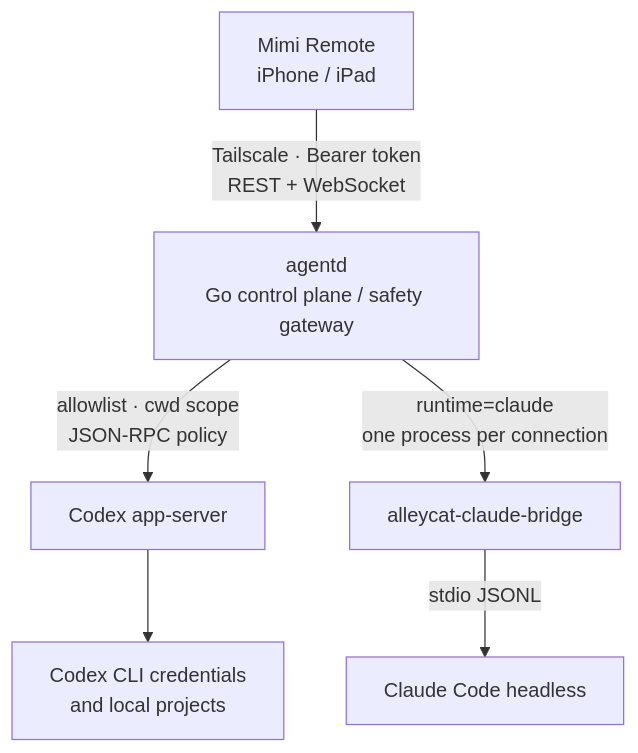
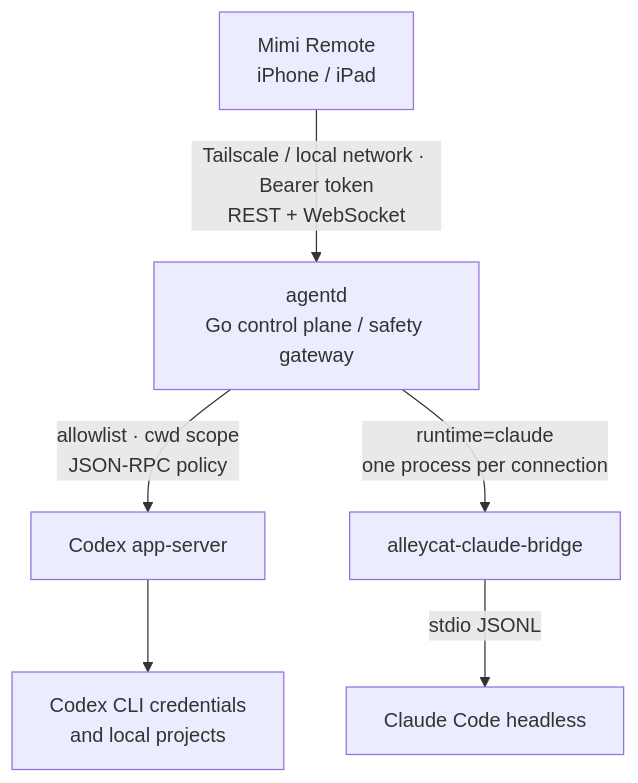
The diagram in README.md (gaixianggeng/codex-ipad-agent), drawn with Mermaid before and after one commit. The commit also changed other lines of this file and 49 other files, not shown here.

````diff
--- a/README.md
+++ b/README.md
@@ -98,8 +98,8 @@
 ```mermaid
 flowchart TD
-    A["Mimi Remote\niPhone / iPad"] -->|"Tailscale · Bearer token\nREST + WebSocket"| B["agentd\nGo control plane / safety gateway"]
+    A["Mimi Remote\niPhone / iPad"] -->|"Tailscale / local network · Bearer token\nREST + WebSocket"| B["agentd\nGo control plane / safety gateway"]
     B -->|"allowlist · cwd scope\nJSON-RPC policy"| C["Codex app-server"]
     C --> D["Codex CLI credentials\nand local projects"]
     B -->|"runtime=claude\none process per connection"| E["alleycat-claude-bridge"]
     E -->|"stdio JSONL"| F["Claude Code headless"]
 ```
````
